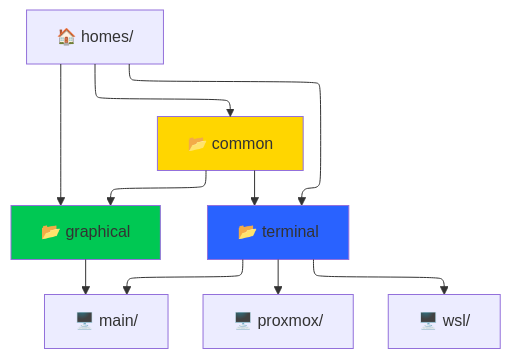
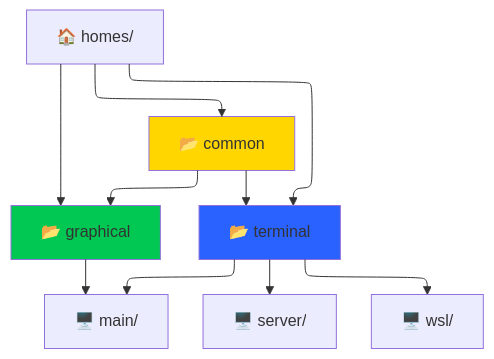
Before and after one commit to git-morin/nixOS: the diagram in README.md, drawn with Mermaid. The commit also changed other lines of this file and 27 other files, not shown here.

````diff
--- a/README.md
+++ b/README.md
@@ -19,14 +13,14 @@
 ```mermaid
 ---
 config:
   layout: elk
 ---
 flowchart TB
     A["🏠 homes/"] --> C["📂 graphical"] & D["📂 terminal"] & Z["📂 common"]
     Z --> C & D
     C --> G["🖥️ main/"]
-    D --> G & I["🖥️ proxmox/"] & H["🖥️ wsl/"]
+    D --> G & I["🖥️ server/"] & H["🖥️ wsl/"]
     style C fill:#00C853
     style D fill:#2962FF
     style Z fill:#FFD600
 ```
````
